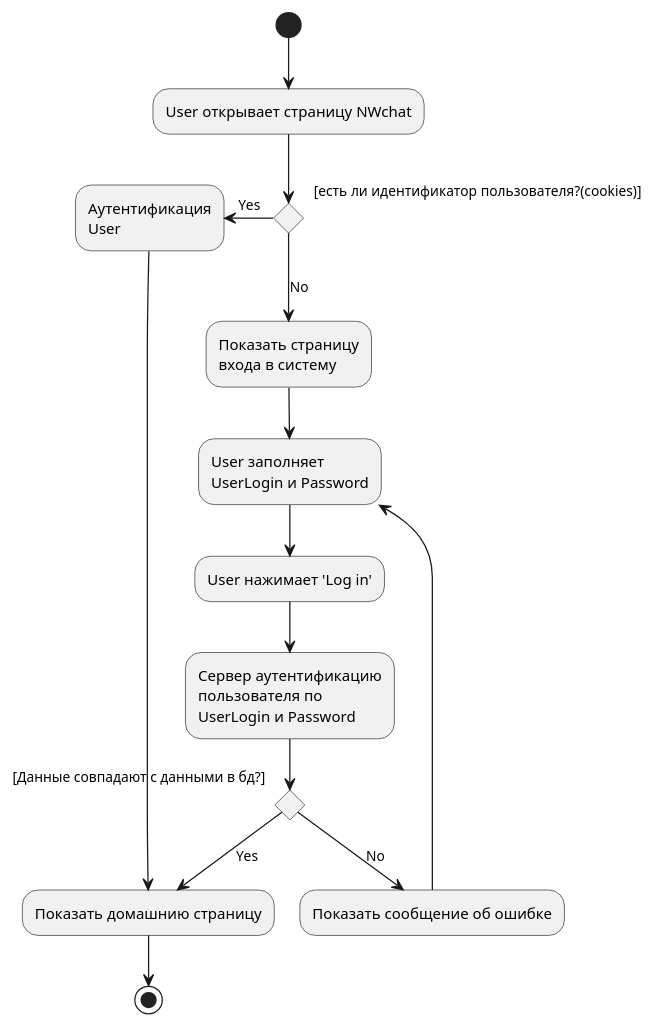
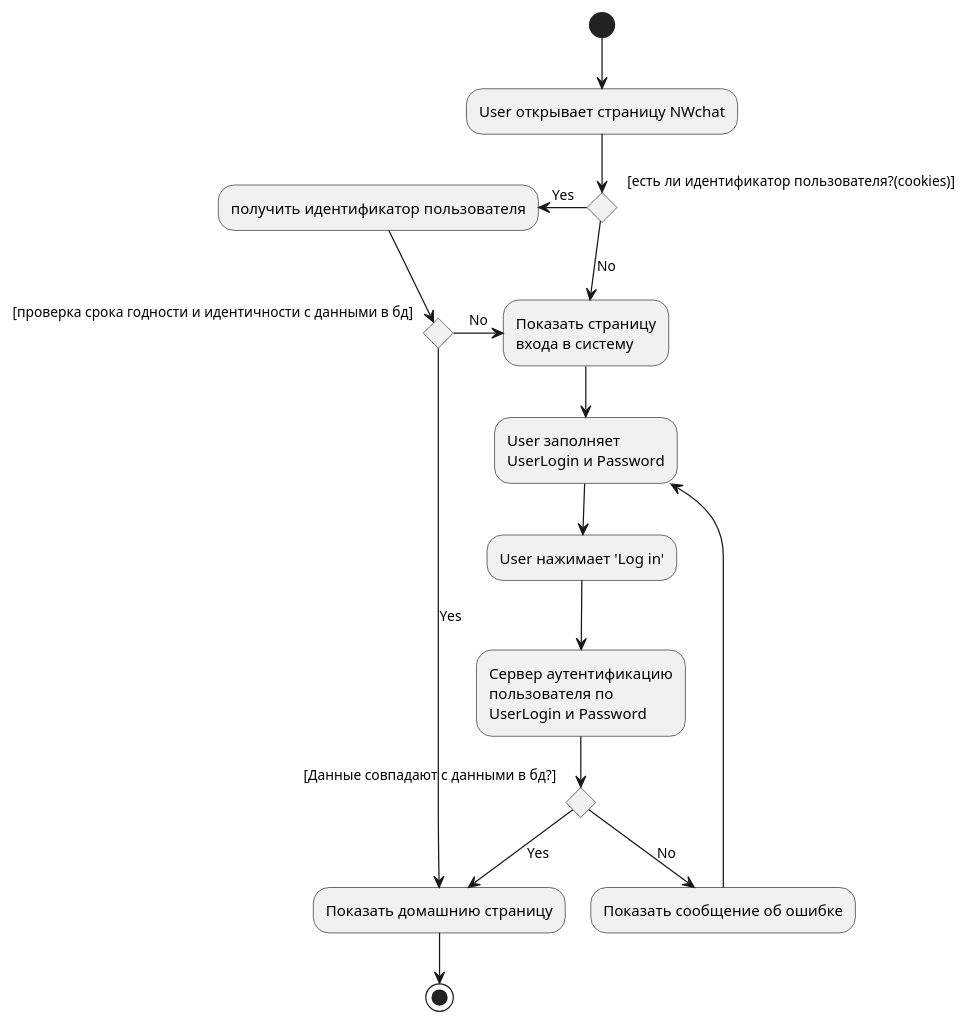
The diagram in UML/activity/login_activity.puml (Pahoomich/nwchat), drawn with PlantUML before and after one commit.

```diff
--- a/UML/activity/login_activity.puml
+++ b/UML/activity/login_activity.puml
@@ -1,24 +1,27 @@
 @startuml
 
 (*) --> "User открывает страницу NWchat" as init
 if "[есть ли идентификатор пользователя?(cookies)]" then
-  -left->[Yes] "Аутентификация
-  User"
-  --> "Показать домашнию страницу" as home
-  --> (*)
+  -left->[Yes] "получить идентификатор пользователя"
+  if "[проверка срока годности и идентичности с данными в бд]" then
+    --> [Yes] "Показать домашнию страницу" as home
+    --> (*)
+    else
+     -> [No] "Показать страницу
+            входа в систему" as loginP
+  endif
   else
-    -->[No] "Показать страницу
-    входа в систему"
+    -->[No] loginP
    --> "User заполняет
     UserLogin и Password" as fills
    --> "User нажимает 'Log in'"
    --> "Сервер аутентификацию
    пользователя по
     UserLogin и Password"
    if "[Данные совпадают с данными в бд?]" then
     -->[Yes] home
    else
     -->[No] "Показать сообщение об ошибке"
     -->fills
 endif
 @enduml
```
